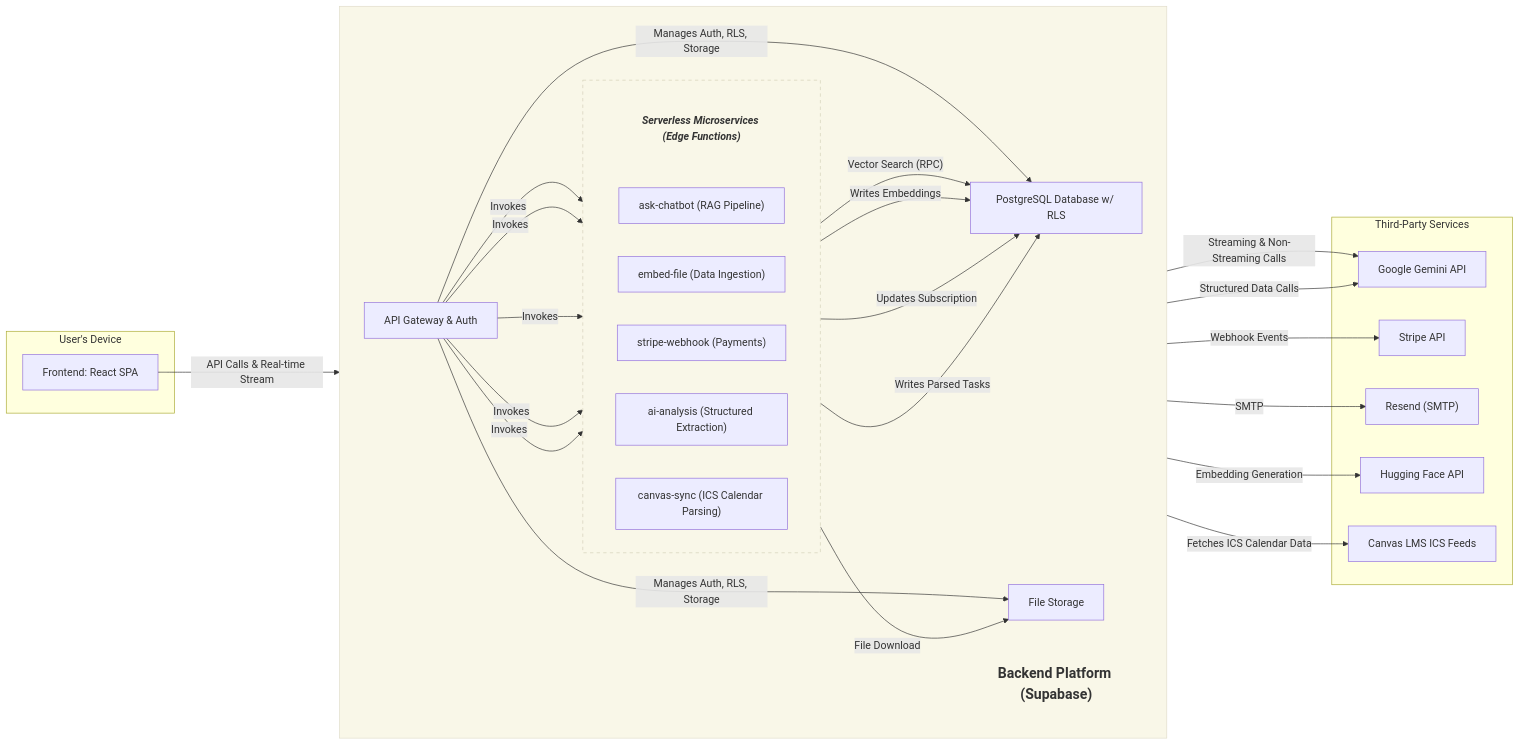
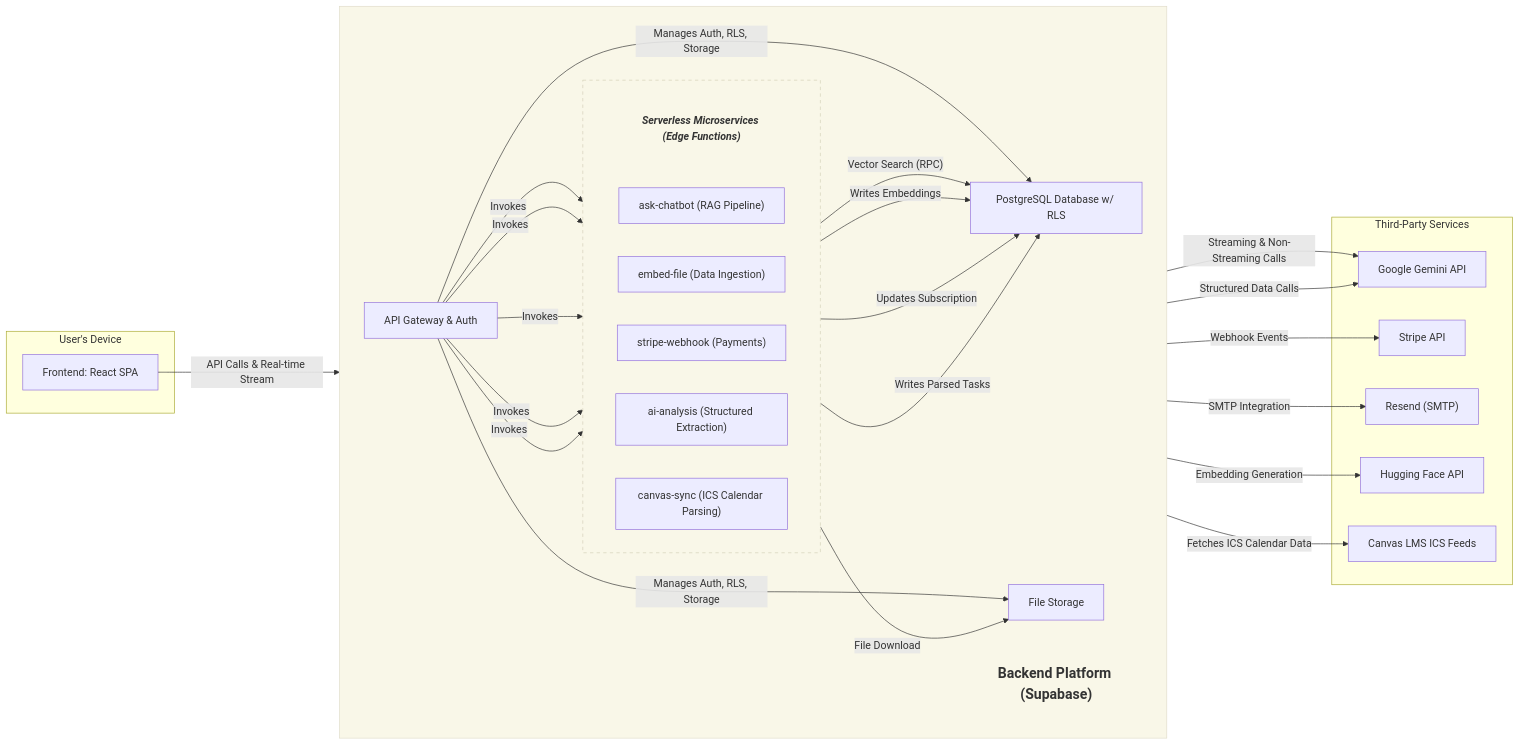
One commit to tonytrieu-dev/schedulebud-overview changed the diagram in README.md. Above: the diagram before and after it, drawn with Mermaid. The commit also changed other lines of this file, not shown here.

````diff
--- a/README.md
+++ b/README.md
@@ -35,72 +37,72 @@
 ```mermaid
 graph LR
     subgraph "User's Device"
         A[Frontend: React SPA]
     end
 
     %% Main Backend Platform Subgraph
     subgraph P1[ ]
         direction LR
         style P1 fill:#f9f7e8,stroke:#e0dcca
 
         %% Manual Title Node for Backend Platform
         P_Title["<b>Backend Platform (Supabase)</b>"]
         style P_Title fill:none,stroke:none,font-weight:bold,font-size:1.1em
 
         B[API Gateway & Auth]
         C[PostgreSQL Database w/ RLS]
         E[File Storage]
         
         %% Serverless Microservices Group
         subgraph F_Group [ ]
             direction LR
             style F_Group fill:#f9f7e8,stroke:#d3d0b8,stroke-dasharray: 5 5
 
             %% Manual Title Node for Serverless Microservices
             F_Title["<b>Serverless Microservices (Edge Functions)</b>"]
             style F_Title fill:none,stroke:none,font-weight:normal,font-style:italic,font-size:1em
 
             F1["ask-chatbot (RAG Pipeline)"]
             F2["embed-file (Data Ingestion)"]
             F3["stripe-webhook (Payments)"]
             F4["ai-analysis (Structured Extraction)"]
             F5["canvas-sync (ICS Calendar Parsing)"]
         end
     end
 
     subgraph "Third-Party Services"
         G[Google Gemini API]
         H[Stripe API]
         I["Resend (SMTP)"]
         J[Hugging Face API]
         K[Canvas LMS ICS Feeds]
     end
 
     %% Define connections
     A -- "API Calls & Real-time Stream" --> B
     
     B -- "Invokes" --> F1
     B -- "Invokes" --> F2
     B -- "Invokes" --> F3
     B -- "Invokes" --> F4
     B -- "Invokes" --> F5
 
     B -- "Manages Auth, RLS, Storage" --> C
     B -- "Manages Auth, RLS, Storage" --> E
-    B -- "SMTP " --> I
+    B -- "SMTP Integration" --> I
 
     F1 -- "Vector Search (RPC)" --> C
     F1 -- "Streaming & Non-Streaming Calls" --> G
     
     F2 -- "File Download" --> E
     F2 -- "Embedding Generation" --> J
     F2 -- "Writes Embeddings" --> C
 
     F3 -- "Webhook Events" --> H
     F3 -- "Updates Subscription" --> C
 
     F4 -- "Structured Data Calls" --> G
 
     F5 -- "Fetches ICS Calendar Data" --> K
     F5 -- "Writes Parsed Tasks" --> C
 ```
````
